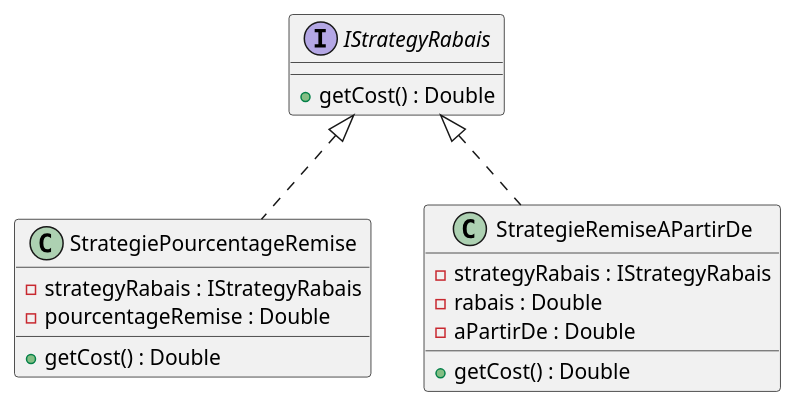
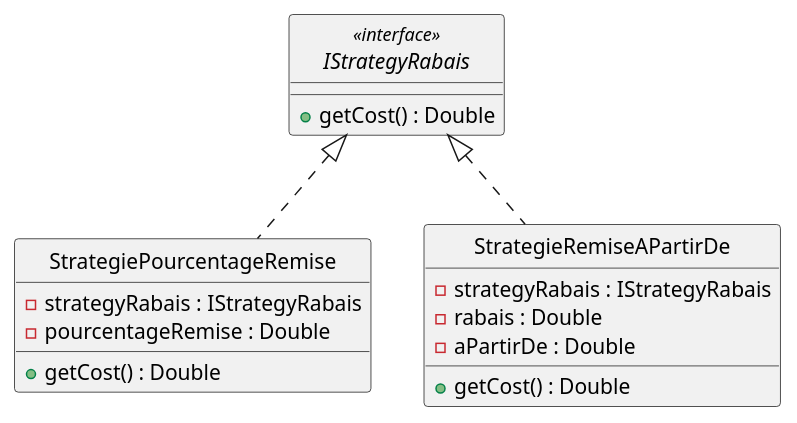
The first of 2 diagrams in src/main/java/Strategie/Rabais/README.puml (yvanross/LOG121-GOF-exemples), drawn with PlantUML before and after one commit. The commit also changed other lines of this file and 1 other file, not shown here.

```diff
--- a/src/main/java/Strategie/Rabais/README.puml
+++ b/src/main/java/Strategie/Rabais/README.puml
@@ -1,21 +1,21 @@
 @startuml diagamme de classe
-
-interface IStrategyRabais{
+skinparam Style strictuml
+interface IStrategyRabais <<interface>>{
     +getCost() : Double 
 }
 class StrategiePourcentageRemise{
     -strategyRabais : IStrategyRabais
     -pourcentageRemise : Double
     +getCost() : Double
 }
 class StrategieRemiseAPartirDe{
     -strategyRabais : IStrategyRabais
     -rabais : Double
     -aPartirDe : Double
     +getCost() : Double
 }
 
 StrategiePourcentageRemise .up-|> IStrategyRabais
 StrategieRemiseAPartirDe .up-|> IStrategyRabais
 
 @enduml
```
